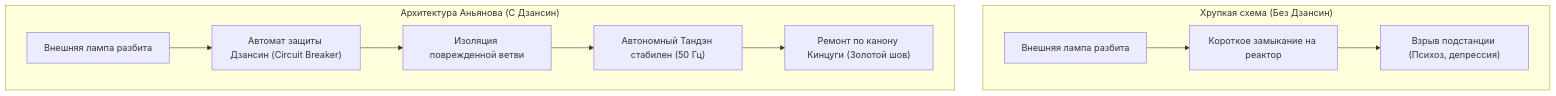
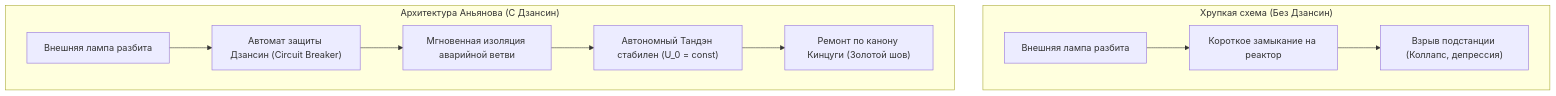
The fifth of 6 diagrams in wiki/Inner Current (Whitepaper — Variant 2 Pure Engineering Architecture).md (vsanyanov-ux/inner-current), drawn with Mermaid before and after one commit. The commit also changed other lines of this file and 86 other files, not shown here.

````diff
--- a/wiki/Inner Current (Whitepaper — Variant 2 Pure Engineering Architecture).md
+++ b/wiki/Inner Current (Whitepaper — Variant 2 Pure Engineering Architecture).md
@@ -190,14 +236,14 @@
 ```mermaid
 flowchart TD
     subgraph Fragile["Хрупкая схема (Без Дзансин)"]
         A1["Внешняя лампа разбита"] --> A2["Короткое замыкание на реактор"]
-        A2 --> A3["Взрыв подстанции (Психоз, депрессия)"]
+        A2 --> A3["Взрыв подстанции (Коллапс, депрессия)"]
     end
 
     subgraph Antifragile["Архитектура Аньянова (С Дзансин)"]
         B1["Внешняя лампа разбита"] --> B2["Автомат защиты Дзансин (Circuit Breaker)"]
-        B2 --> B3["Изоляция поврежденной ветви"]
-        B3 --> B4["Автономный Тандэн стабилен (50 Гц)"]
+        B2 --> B3["Мгновенная изоляция аварийной ветви"]
+        B3 --> B4["Автономный Тандэн стабилен (U_0 = const)"]
         B4 --> B5["Ремонт по канону Кинцуги (Золотой шов)"]
     end
 ```
````
